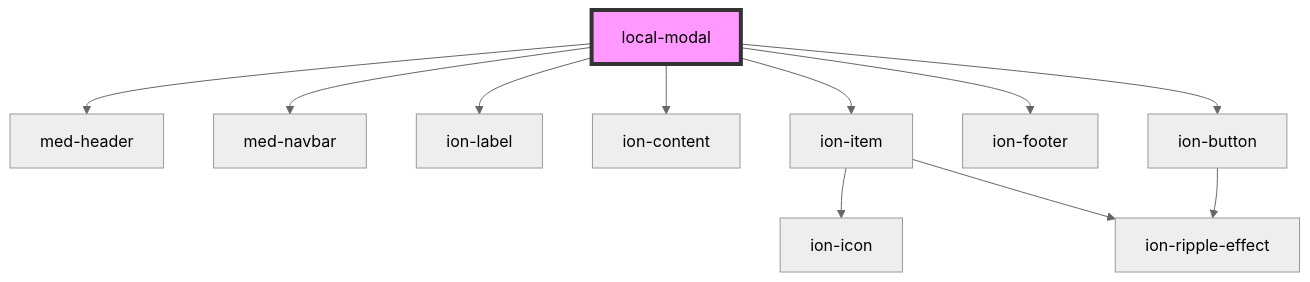
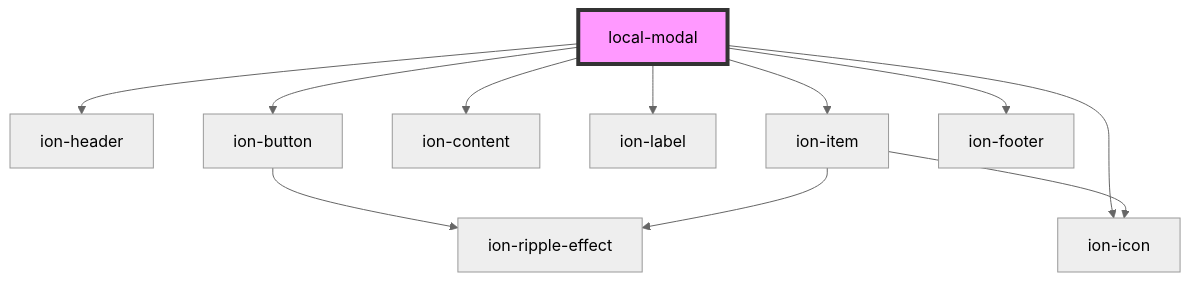
One commit to MEDGRUPOGIT/ionic-framework-1 changed the diagram in core/src/components/@templarios/ionic-1-migracao/simulados/local-modal/readme.md. Above: the diagram before and after it, drawn with Mermaid (neutral theme). The commit also changed other lines of this file and 19 other files, not shown here.

Commit message:
migração tela simulados modal local

````diff
--- a/core/src/components/@templarios/ionic-1-migracao/simulados/local-modal/readme.md
+++ b/core/src/components/@templarios/ionic-1-migracao/simulados/local-modal/readme.md
@@ -21,14 +21,14 @@
 ```mermaid
 graph TD;
-  local-modal --> med-header
-  local-modal --> med-navbar
+  local-modal --> ion-header
+  local-modal --> ion-button
+  local-modal --> ion-icon
+  local-modal --> ion-content
   local-modal --> ion-label
-  local-modal --> ion-content
   local-modal --> ion-item
   local-modal --> ion-footer
-  local-modal --> ion-button
+  ion-button --> ion-ripple-effect
   ion-item --> ion-icon
   ion-item --> ion-ripple-effect
-  ion-button --> ion-ripple-effect
   style local-modal fill:#f9f,stroke:#333,stroke-width:4px
 ```
````
